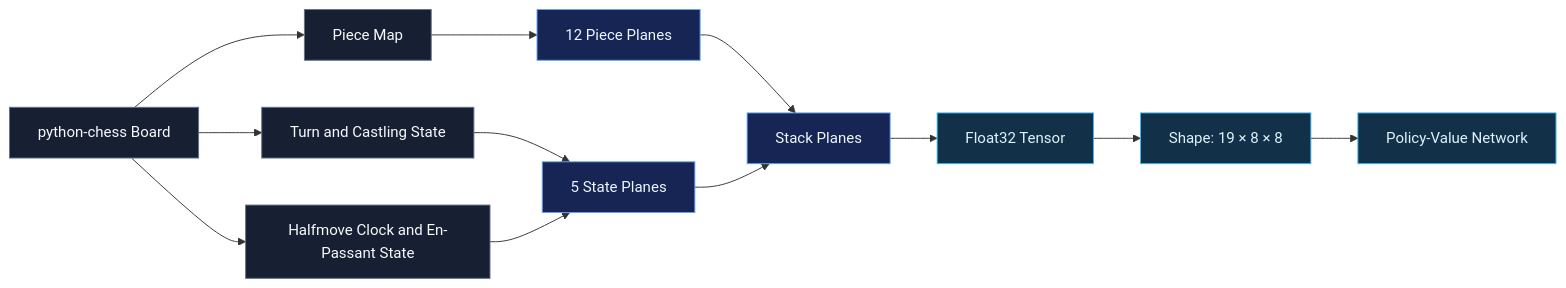
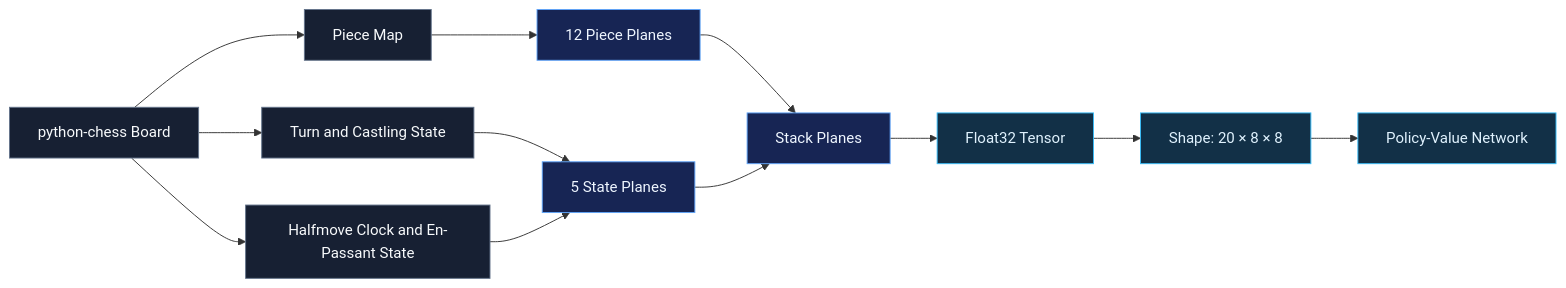
One commit to Nomusa990822/AlphaZero-Style-Chess-AI-Self-Play-Reinforcement-Learning-with-MCTS-and-Policy-Value-Networks changed the second of 10 diagrams in README.md. Above: the diagram before and after it, drawn with Mermaid. The commit also changed other lines of this file, not shown here.

````diff
--- a/README.md
+++ b/README.md
@@ -236,23 +236,23 @@
 ```mermaid
 flowchart LR
     A["python-chess Board"] --> B["Piece Map"]
     A --> C["Turn and Castling State"]
     A --> D["Halfmove Clock and En-Passant State"]
 
     B --> E["12 Piece Planes"]
     C --> F["5 State Planes"]
     D --> F
 
     E --> G["Stack Planes"]
     F --> G
     G --> H["Float32 Tensor"]
-    H --> I["Shape: 19 × 8 × 8"]
+    H --> I["Shape: 20 × 8 × 8"]
     I --> J["Policy-Value Network"]
 
     classDef source  fill:#172033,stroke:#64748b,color:#f8fafc
     classDef process fill:#172554,stroke:#60a5fa,color:#eff6ff
     classDef output  fill:#123047,stroke:#38bdf8,color:#e0f2fe
     class A,B,C,D source
     class E,F,G process
     class H,I,J output
 ```
````
